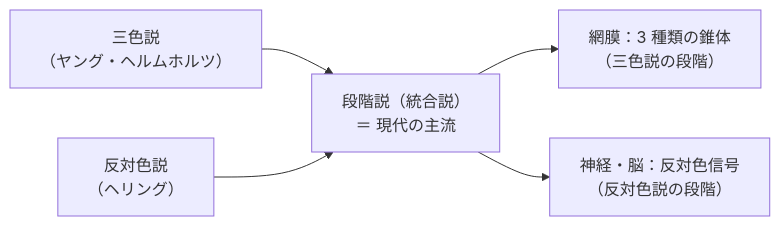
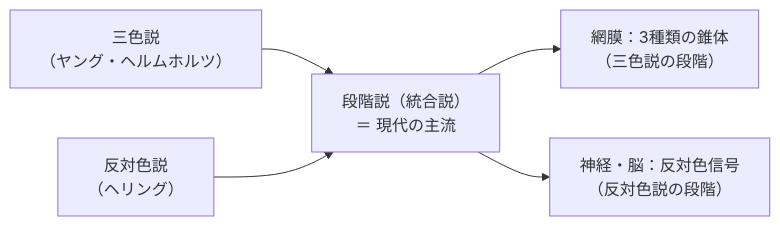
One commit to ozaki25/color-coordination-training-ozaki25 changed the first of 4 diagrams in docs/lessons/lesson08/index.md. Above: the diagram before and after it, drawn with Mermaid. The commit also changed other lines of this file and 27 other files, not shown here.

````diff
--- a/docs/lessons/lesson08/index.md
+++ b/docs/lessons/lesson08/index.md
@@ -15,7 +15,7 @@
 ```mermaid
 graph LR
     A["三色説\n（ヤング・ヘルムホルツ）"] --> C["段階説（統合説）\n＝ 現代の主流"]
     B["反対色説\n（ヘリング）"] --> C
-    C --> D["網膜：3 種類の錐体\n（三色説の段階）"]
+    C --> D["網膜：3種類の錐体\n（三色説の段階）"]
     C --> E["神経・脳：反対色信号\n（反対色説の段階）"]
 ```
````
